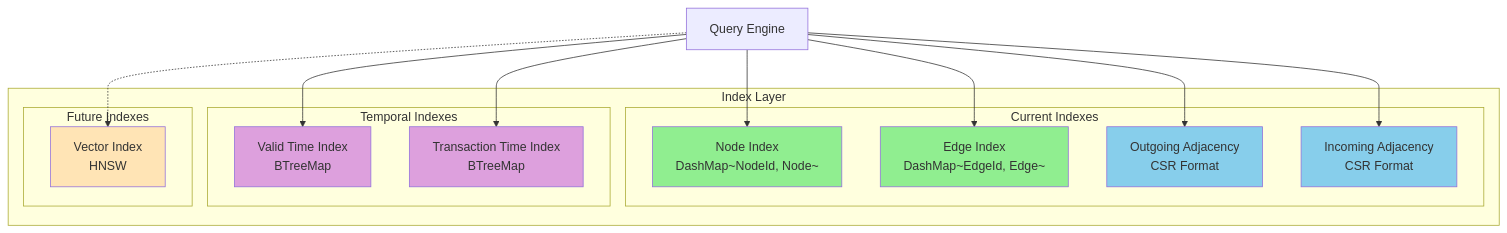
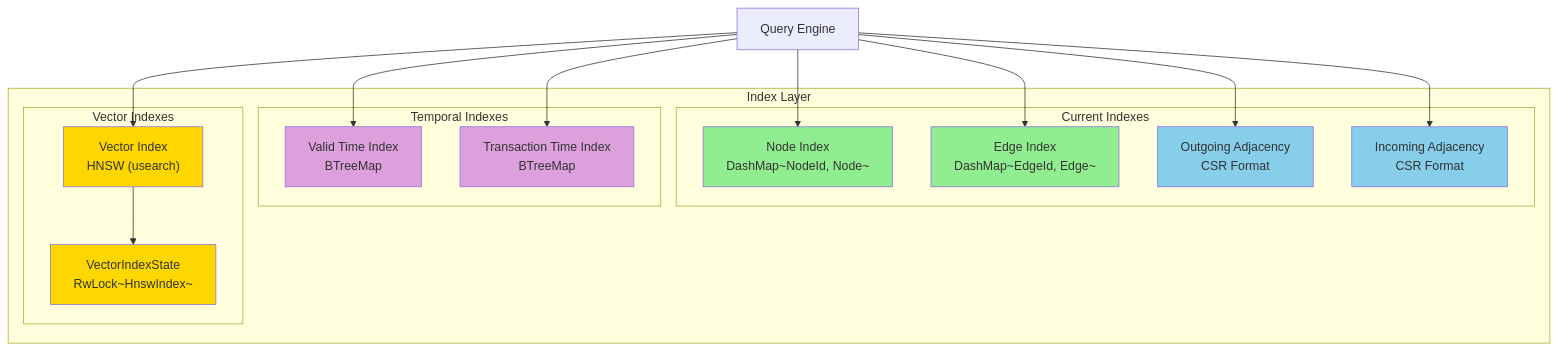
Before and after one commit to autumn-foundation/AletheiaDB: the first of 20 diagrams in docs/architecture/index-layer.md, drawn with Mermaid. The commit also changed other lines of this file and 3 other files, not shown here.

First line of the commit message:
docs: Update architecture docs for VS-030 vector index integration

````diff
--- a/docs/architecture/index-layer.md
+++ b/docs/architecture/index-layer.md
@@ -7,36 +7,40 @@
 ```mermaid
 graph TB
     subgraph "Index Layer"
         subgraph "Current Indexes"
             CI_N["Node Index<br/>DashMap~NodeId, Node~"]
             CI_E["Edge Index<br/>DashMap~EdgeId, Edge~"]
             CI_OUT["Outgoing Adjacency<br/>CSR Format"]
             CI_IN["Incoming Adjacency<br/>CSR Format"]
         end
 
         subgraph "Temporal Indexes"
             TI_VT["Valid Time Index<br/>BTreeMap"]
             TI_TT["Transaction Time Index<br/>BTreeMap"]
         end
 
-        subgraph "Future Indexes"
-            VI["Vector Index<br/>HNSW"]
+        subgraph "Vector Indexes"
+            VI["Vector Index<br/>HNSW (usearch)"]
+            VIS["VectorIndexState<br/>RwLock~HnswIndex~"]
         end
     end
 
     QE["Query Engine"] --> CI_N
     QE --> CI_E
     QE --> CI_OUT
     QE --> CI_IN
     QE --> TI_VT
     QE --> TI_TT
-    QE -.-> VI
+    QE --> VI
+
+    VI --> VIS
 
     style CI_N fill:#90EE90
     style CI_E fill:#90EE90
     style CI_OUT fill:#87CEEB
     style CI_IN fill:#87CEEB
     style TI_VT fill:#DDA0DD
     style TI_TT fill:#DDA0DD
-    style VI fill:#FFE4B5
+    style VI fill:#FFD700
+    style VIS fill:#FFD700
 ```
````
